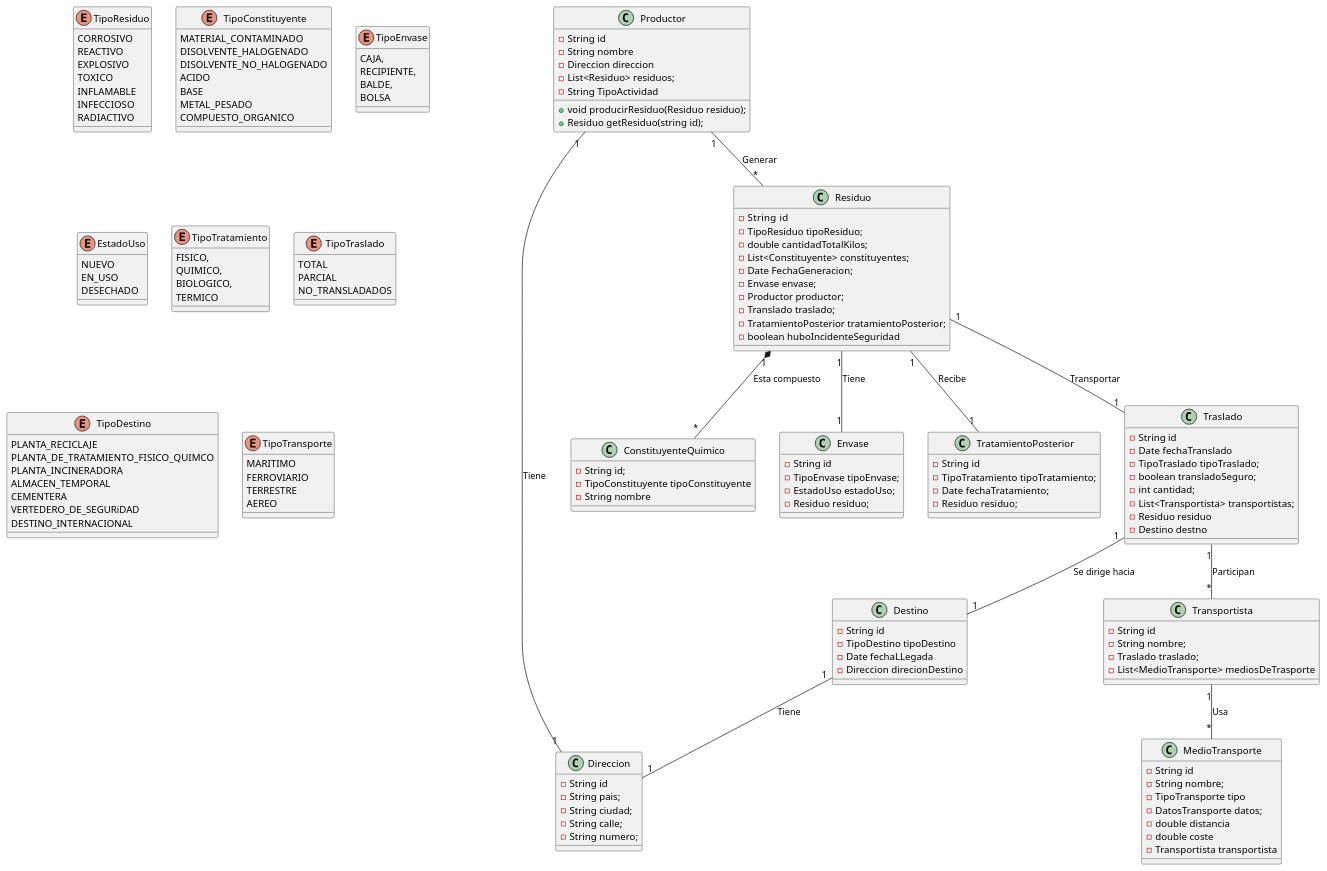
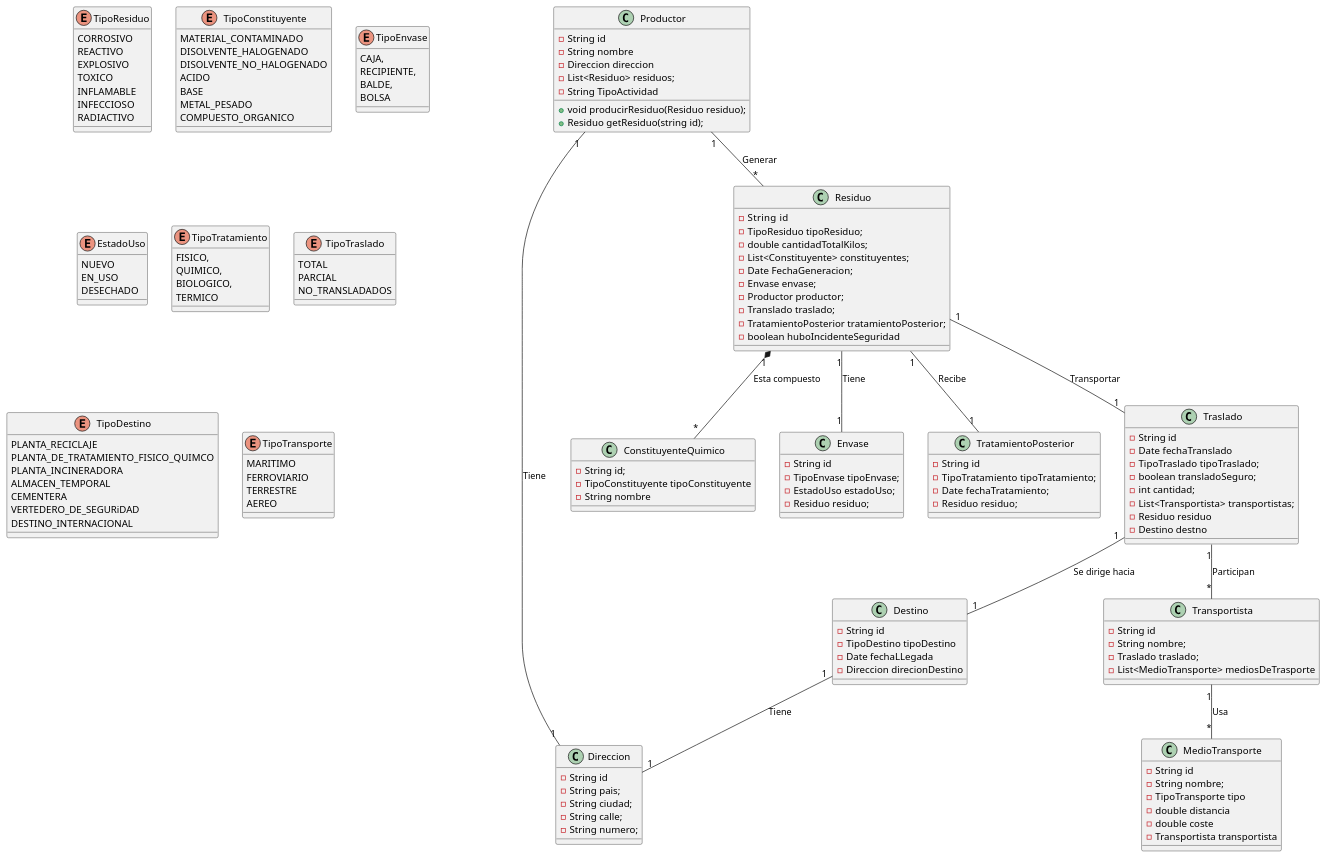
One commit to Blackaringo/JDesechosFabrica changed the diagram in src/jdesechosfabrica/Documentacion/Diagrama_de_clases_conceptual.puml. Above: the diagram before and after it, drawn with PlantUML. The commit also changed 3 other files, not shown here.

```diff
--- a/src/jdesechosfabrica/Documentacion/Diagrama_de_clases_conceptual.puml
+++ b/src/jdesechosfabrica/Documentacion/Diagrama_de_clases_conceptual.puml
@@ -1,162 +1,161 @@
 @startuml
 class Productor{
     - String id
     - String nombre
     - Direccion direccion
     - List<Residuo> residuos;
     - String TipoActividad
     
     + void producirResiduo(Residuo residuo);
     + Residuo getResiduo(string id); 
 }
 
 class Direccion{
     - String id
     - String pais;
     - String ciudad;
     - String calle;
     - String numero;
 }
 
 enum TipoResiduo{
     CORROSIVO
     REACTIVO
     EXPLOSIVO
     TOXICO
     INFLAMABLE
     INFECCIOSO
     RADIACTIVO
 }
 
 class Residuo{
     - String  id
     - TipoResiduo tipoResiduo;
     - double cantidadTotalKilos;
     - List<Constituyente> constituyentes;
     - Date FechaGeneracion;
     - Envase envase;
     - Productor productor;
     - Translado traslado;
     - TratamientoPosterior tratamientoPosterior;
     - boolean huboIncidenteSeguridad
 }
 enum TipoConstituyente{
     MATERIAL_CONTAMINADO
     DISOLVENTE_HALOGENADO
     DISOLVENTE_NO_HALOGENADO
     ACIDO
     BASE
     METAL_PESADO
     COMPUESTO_ORGANICO
 }
 
 
 class ConstituyenteQuimico{
     - String id;
     - TipoConstituyente tipoConstituyente
     - String nombre
 }
 
 enum TipoEnvase{
     CAJA,
     RECIPIENTE,
     BALDE,
     BOLSA
 }
 
 enum EstadoUso{
     NUEVO
     EN_USO
     DESECHADO
 }
 
 class Envase{
     - String id
     - TipoEnvase tipoEnvase;
     - EstadoUso estadoUso;
     - Residuo residuo;
 }
 
 class Transportista{
     - String id
     - String nombre;
     - Traslado traslado;
     - List<MedioTransporte> mediosDeTrasporte
 }
 
 enum TipoTratamiento{
     FISICO,
     QUIMICO,
     BIOLOGICO,
     TERMICO
 }
 
 class TratamientoPosterior{
     - String id
     - TipoTratamiento tipoTratamiento;
     - Date fechaTratamiento;
     - Residuo residuo;
 }
 
 enum TipoTraslado{
 TOTAL
 PARCIAL
 NO_TRANSLADADOS
 }
 
 class Traslado{
     - String id
     - Date fechaTranslado
     - TipoTraslado tipoTraslado;
     - boolean transladoSeguro;
     - int cantidad;
     - List<Transportista> transportistas;
     - Residuo residuo
     - Destino destno
 }
 
 enum TipoDestino {
   PLANTA_RECICLAJE
   PLANTA_DE_TRATAMIENTO_FISICO_QUIMCO
   PLANTA_INCINERADORA
   ALMACEN_TEMPORAL
   CEMENTERA
   VERTEDERO_DE_SEGURiDAD
   DESTINO_INTERNACIONAL
 }
 
 class Destino{
     - String id
     - TipoDestino tipoDestino
     - Date fechaLLegada
     - Direccion direcionDestino
 }
 
 enum TipoTransporte {
     MARITIMO
     FERROVIARIO
     TERRESTRE
     AEREO
 }
 
 class MedioTransporte{
     - String id
     - String nombre;
     - TipoTransporte tipo
-    - DatosTransporte datos;
     - double distancia
     - double coste 
     - Transportista transportista
 }
 
 Productor "1" -- "*" Residuo : Generar
 Residuo "1" -- "1" Traslado : Transportar
 Traslado "1" -- "*" Transportista : Participan
 Transportista "1" -- "*" MedioTransporte : Usa
 Residuo "1"  *-- "*" ConstituyenteQuimico : Esta compuesto
 Residuo "1" -- "1" Envase : Tiene
 Residuo "1" -- "1" TratamientoPosterior : Recibe 
 Productor "1" -- "1" Direccion : Tiene 
 Traslado "1" -- "1" Destino : Se dirige hacia
 Destino "1" -- "1" Direccion : Tiene
 @enduml
```
